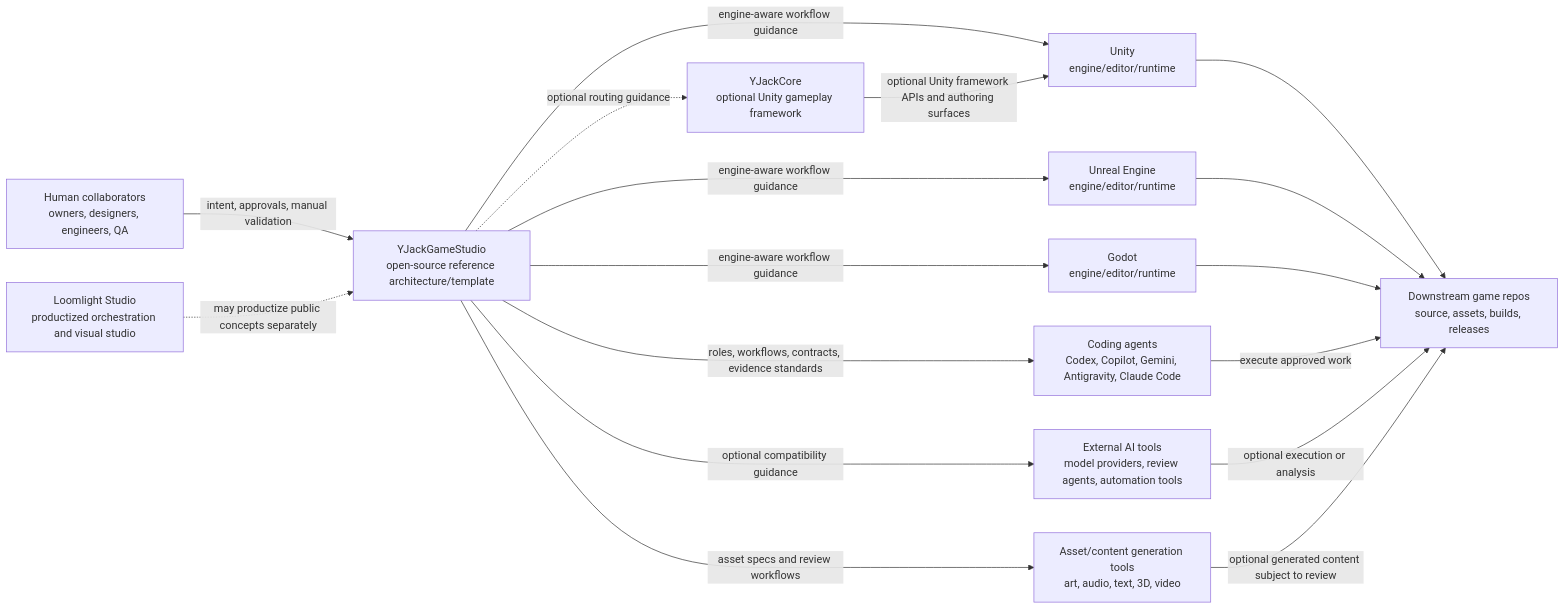
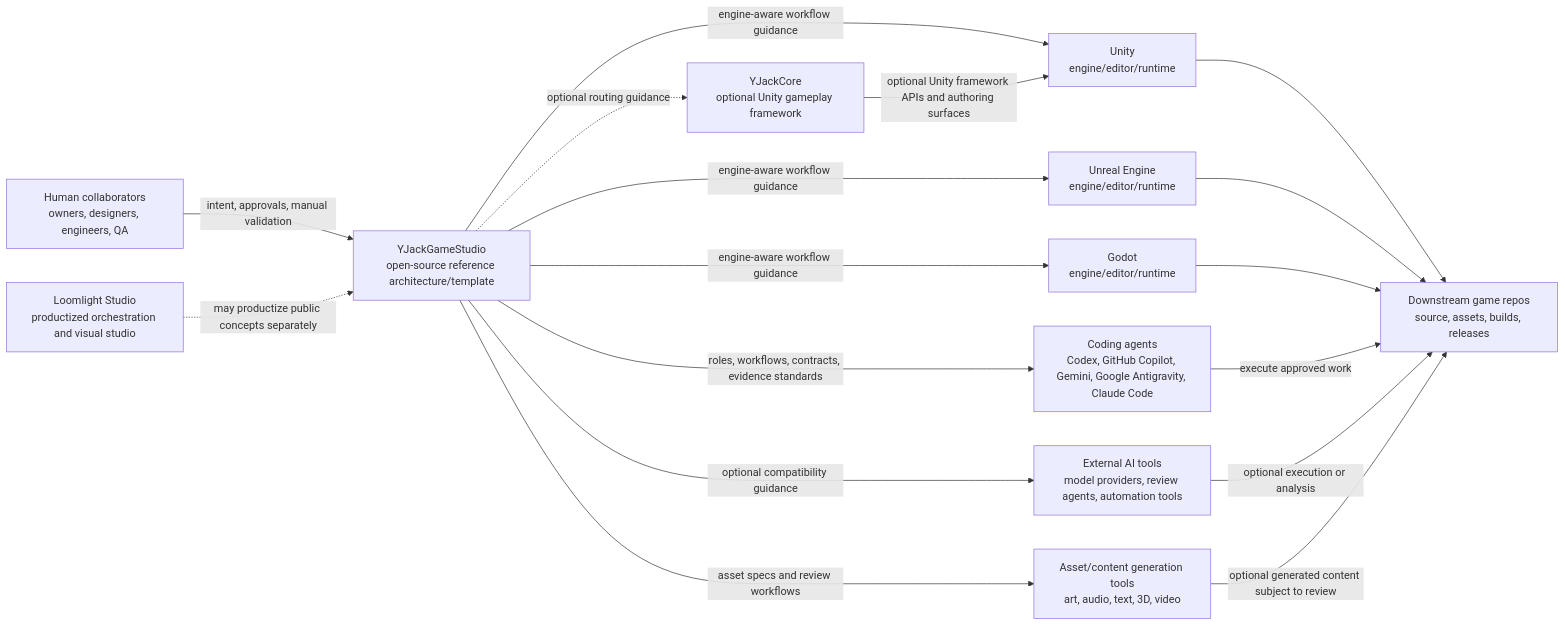
One commit to YvesAlbuquerque/YJackGameStudio changed the diagram in docs/product/ecosystem-map.md. Above: the diagram before and after it, drawn with Mermaid.

````diff
--- a/docs/product/ecosystem-map.md
+++ b/docs/product/ecosystem-map.md
@@ -12,31 +12,31 @@
 ```mermaid
 flowchart LR
   Human["Human collaborators\nowners, designers, engineers, QA"]
   YJGS["YJackGameStudio\nopen-source reference architecture/template"]
   Loomlight["Loomlight Studio\nproductized orchestration and visual studio"]
   YJackCore["YJackCore\noptional Unity gameplay framework"]
   Unity["Unity\nengine/editor/runtime"]
   Unreal["Unreal Engine\nengine/editor/runtime"]
   Godot["Godot\nengine/editor/runtime"]
-  CodingAgents["Coding agents\nCodex, Copilot, Gemini, Antigravity, Claude Code"]
+  CodingAgents["Coding agents\nCodex, GitHub Copilot, Gemini, Google Antigravity, Claude Code"]
   ExternalAI["External AI tools\nmodel providers, review agents, automation tools"]
   AssetTools["Asset/content generation tools\nart, audio, text, 3D, video"]
   Games["Downstream game repos\nsource, assets, builds, releases"]
 
   Human -->|"intent, approvals, manual validation"| YJGS
   YJGS -->|"roles, workflows, contracts, evidence standards"| CodingAgents
   YJGS -->|"optional compatibility guidance"| ExternalAI
   YJGS -->|"asset specs and review workflows"| AssetTools
   YJGS -->|"engine-aware workflow guidance"| Unity
   YJGS -->|"engine-aware workflow guidance"| Unreal
   YJGS -->|"engine-aware workflow guidance"| Godot
   YJGS -.->|"optional routing guidance"| YJackCore
   Loomlight -.->|"may productize public concepts separately"| YJGS
   YJackCore -->|"optional Unity framework APIs and authoring surfaces"| Unity
   Unity --> Games
   Unreal --> Games
   Godot --> Games
   CodingAgents -->|"execute approved work"| Games
   ExternalAI -->|"optional execution or analysis"| Games
   AssetTools -->|"optional generated content subject to review"| Games
 ```
````
